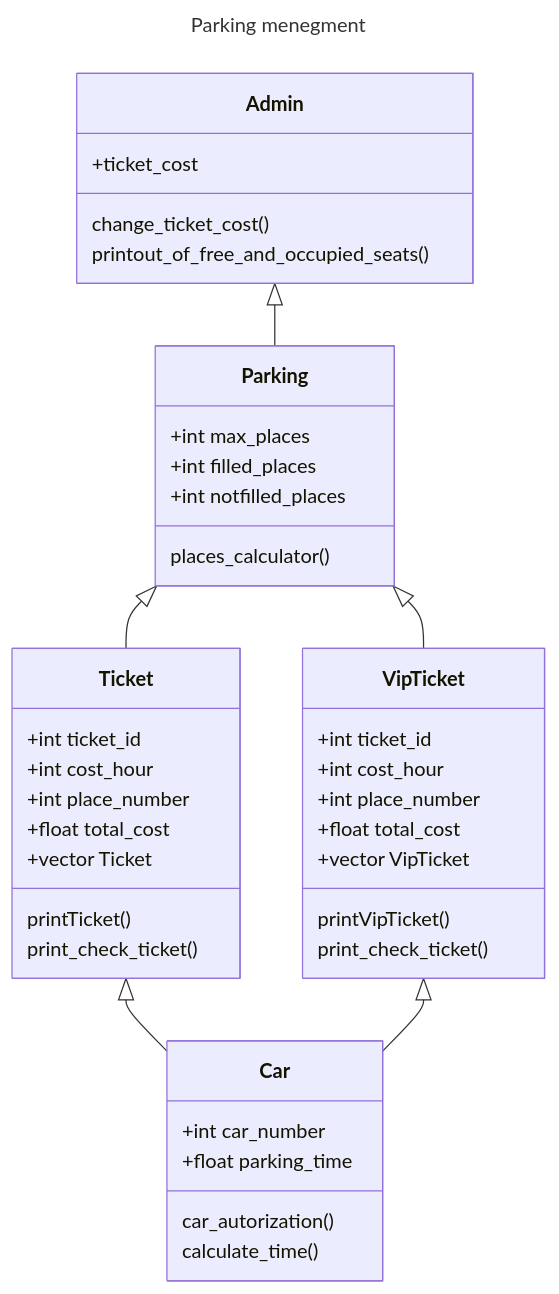
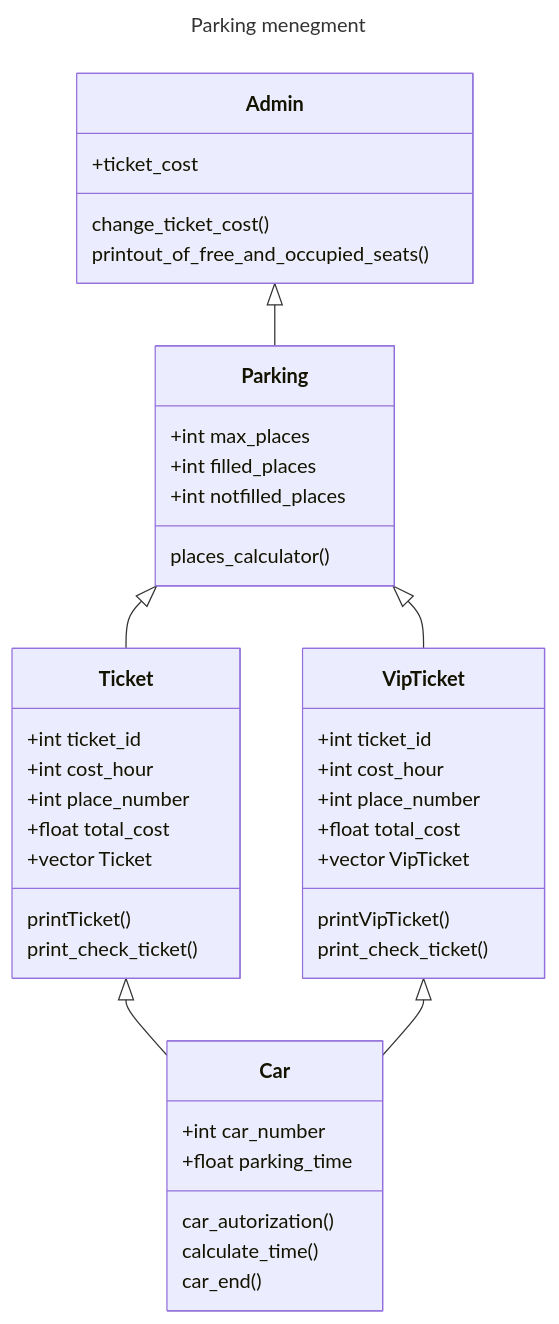
The diagram in diagram.md (alanarzumanjan/Parking), drawn with Mermaid before and after one commit. The commit also changed 3 other files, not shown here.

````diff
--- a/diagram.md
+++ b/diagram.md
@@ -1,48 +1,49 @@
 ```mermaid
 --- 
 title: Parking menegment
 ---
 classDiagram
     class Car
         Car : +int car_number
         Car : +float parking_time
         Car : car_autorization()
         Car : calculate_time()
+        Car : car_end()
 
     class Parking
         Parking : +int max_places
         Parking : +int filled_places
         Parking : +int notfilled_places
         Parking : places_calculator()
 
     class Ticket
         Ticket : +int ticket_id
         Ticket : +int cost_hour
         Ticket : +int place_number
         Ticket : +float total_cost
         Ticket : +vector Ticket
         Ticket : printTicket()
         Ticket : print_check_ticket()
 
     class VipTicket
         VipTicket : +int ticket_id
         VipTicket : +int cost_hour
         VipTicket : +int place_number
         VipTicket : +float total_cost
         VipTicket : +vector VipTicket
         VipTicket : printVipTicket()
         VipTicket : print_check_ticket()
-    
+        
     class Admin
         Admin : +ticket_cost
         Admin : change_ticket_cost()
         Admin : printout_of_free_and_occupied_seats()
     
 
     Ticket <|-- Car
     VipTicket <|-- Car
     
     Admin <|-- Parking
     Parking <|-- Ticket
     Parking <|-- VipTicket
 ```
````
